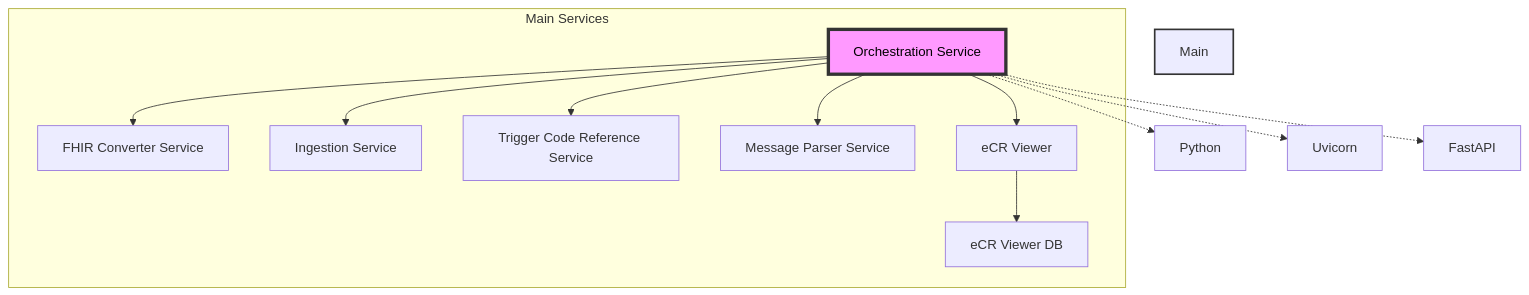
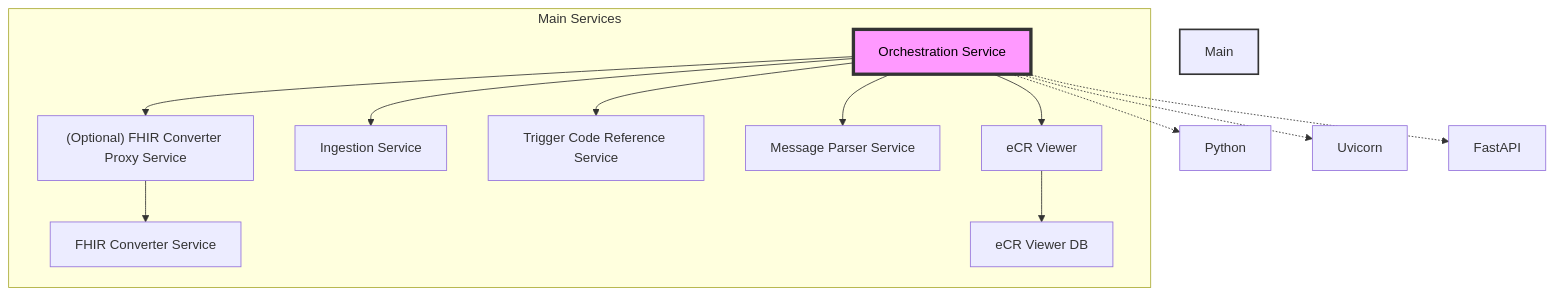
One commit to CDCgov/dibbs-ecr-viewer changed the first of 2 diagrams in containers/orchestration/README.md. Above: the diagram before and after it, drawn with Mermaid. The commit also changed 14 other files, not shown here.

Commit message:
feat: Adding optional HA Proxy for FHIR Converter (#1430)

````diff
--- a/containers/orchestration/README.md
+++ b/containers/orchestration/README.md
@@ -110,23 +110,24 @@
 ```mermaid
 graph TD
     subgraph Main Services
         A[Orchestration Service]
-        A --> B[FHIR Converter Service]
+        A --> B["(Optional) FHIR Converter Proxy Service"]
+        B --> H[FHIR Converter Service]
         A --> C[Ingestion Service]
         A --> D[Trigger Code Reference Service]
         A --> E[Message Parser Service]
         A --> F[eCR Viewer]
         F --> G[eCR Viewer DB]
     end
 
     M[Python]
     N[Uvicorn]
     O[FastAPI]
 
     A -.-> M
     A -.-> N
     A -.-> O
 
     style A fill:#f9f,stroke:#333,stroke-width:4px,color:#000
     style Main Services fill:#bbf,stroke:#333,stroke-width:2px
 ```
````
